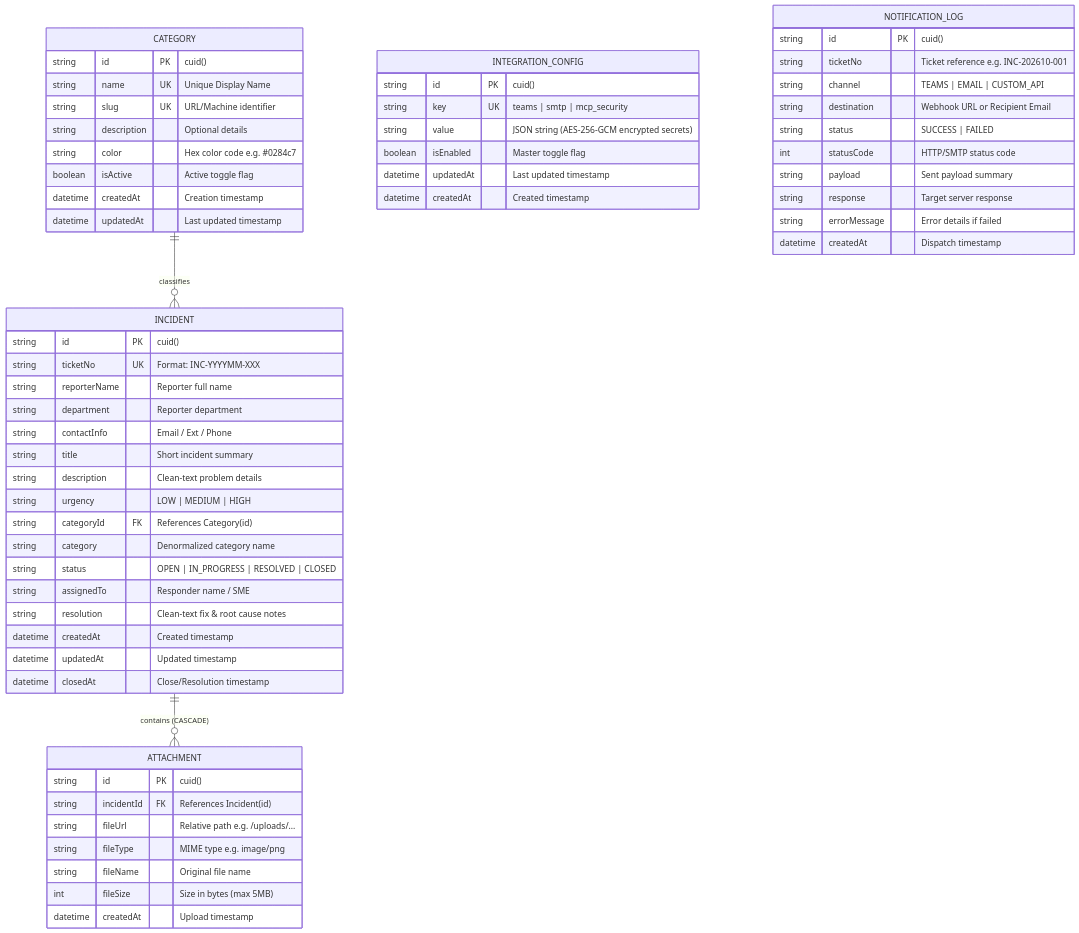
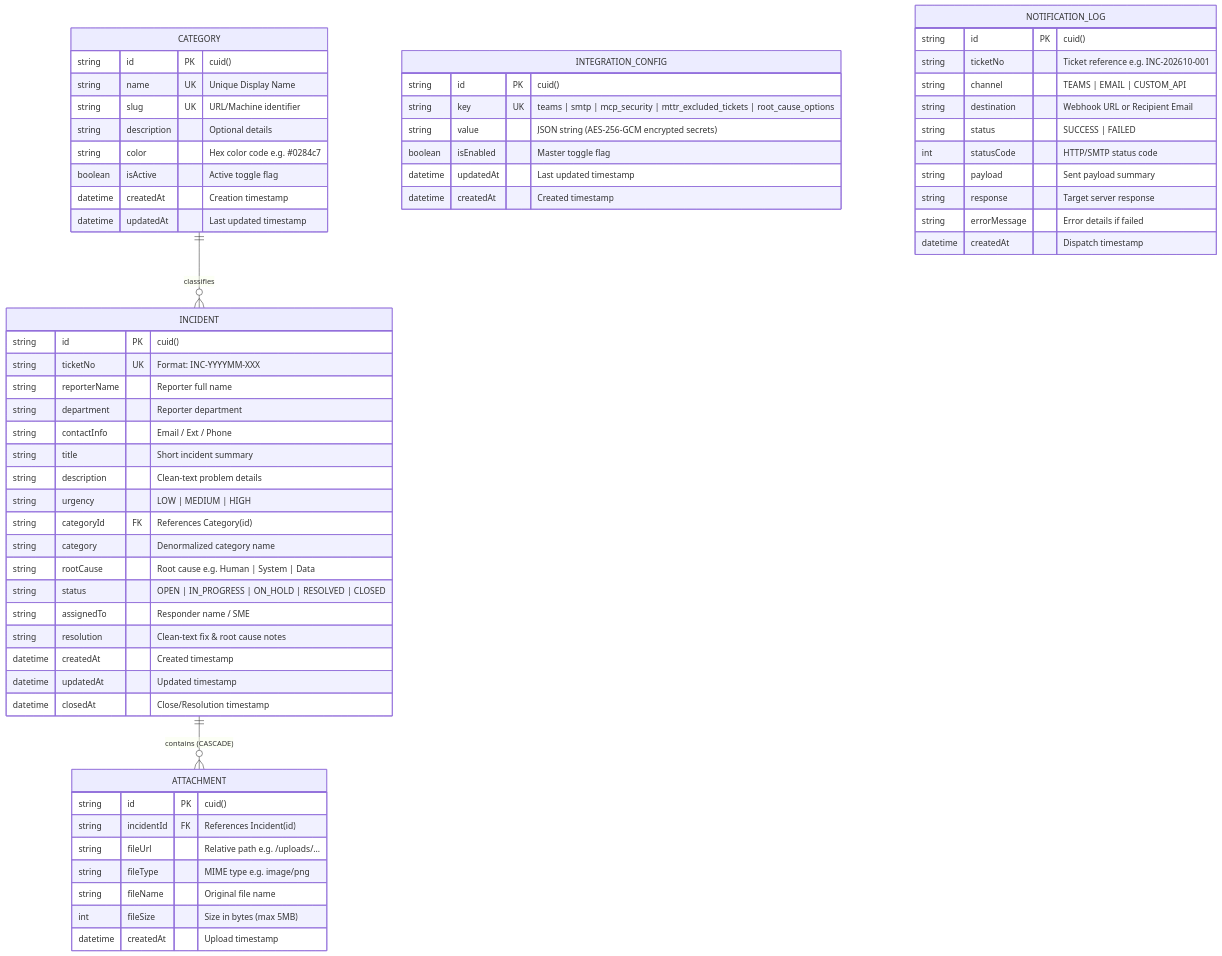
The diagram in DATA_DICTIONARY.md (lookmhen/incident-tracker), drawn with Mermaid before and after one commit. The commit also changed other lines of this file and 4 other files, not shown here.

````diff
--- a/DATA_DICTIONARY.md
+++ b/DATA_DICTIONARY.md
@@ -12,67 +12,68 @@
 ```mermaid
 erDiagram
     CATEGORY ||--o{ INCIDENT : "classifies"
     INCIDENT ||--o{ ATTACHMENT : "contains (CASCADE)"
 
     CATEGORY {
         string id PK "cuid()"
         string name UK "Unique Display Name"
         string slug UK "URL/Machine identifier"
         string description "Optional details"
         string color "Hex color code e.g. #0284c7"
         boolean isActive "Active toggle flag"
         datetime createdAt "Creation timestamp"
         datetime updatedAt "Last updated timestamp"
     }
 
     INCIDENT {
         string id PK "cuid()"
         string ticketNo UK "Format: INC-YYYYMM-XXX"
         string reporterName "Reporter full name"
         string department "Reporter department"
         string contactInfo "Email / Ext / Phone"
         string title "Short incident summary"
         string description "Clean-text problem details"
         string urgency "LOW | MEDIUM | HIGH"
         string categoryId FK "References Category(id)"
         string category "Denormalized category name"
-        string status "OPEN | IN_PROGRESS | RESOLVED | CLOSED"
+        string rootCause "Root cause e.g. Human | System | Data"
+        string status "OPEN | IN_PROGRESS | ON_HOLD | RESOLVED | CLOSED"
         string assignedTo "Responder name / SME"
         string resolution "Clean-text fix & root cause notes"
         datetime createdAt "Created timestamp"
         datetime updatedAt "Updated timestamp"
         datetime closedAt "Close/Resolution timestamp"
     }
 
     ATTACHMENT {
         string id PK "cuid()"
         string incidentId FK "References Incident(id)"
         string fileUrl "Relative path e.g. /uploads/..."
         string fileType "MIME type e.g. image/png"
         string fileName "Original file name"
         int fileSize "Size in bytes (max 5MB)"
         datetime createdAt "Upload timestamp"
     }
 
     INTEGRATION_CONFIG {
         string id PK "cuid()"
-        string key UK "teams | smtp | mcp_security"
+        string key UK "teams | smtp | mcp_security | mttr_excluded_tickets | root_cause_options"
         string value "JSON string (AES-256-GCM encrypted secrets)"
         boolean isEnabled "Master toggle flag"
         datetime updatedAt "Last updated timestamp"
         datetime createdAt "Created timestamp"
     }
 
     NOTIFICATION_LOG {
         string id PK "cuid()"
         string ticketNo "Ticket reference e.g. INC-202610-001"
         string channel "TEAMS | EMAIL | CUSTOM_API"
         string destination "Webhook URL or Recipient Email"
         string status "SUCCESS | FAILED"
         int statusCode "HTTP/SMTP status code"
         string payload "Sent payload summary"
         string response "Target server response"
         string errorMessage "Error details if failed"
         datetime createdAt "Dispatch timestamp"
     }
 ```
````
